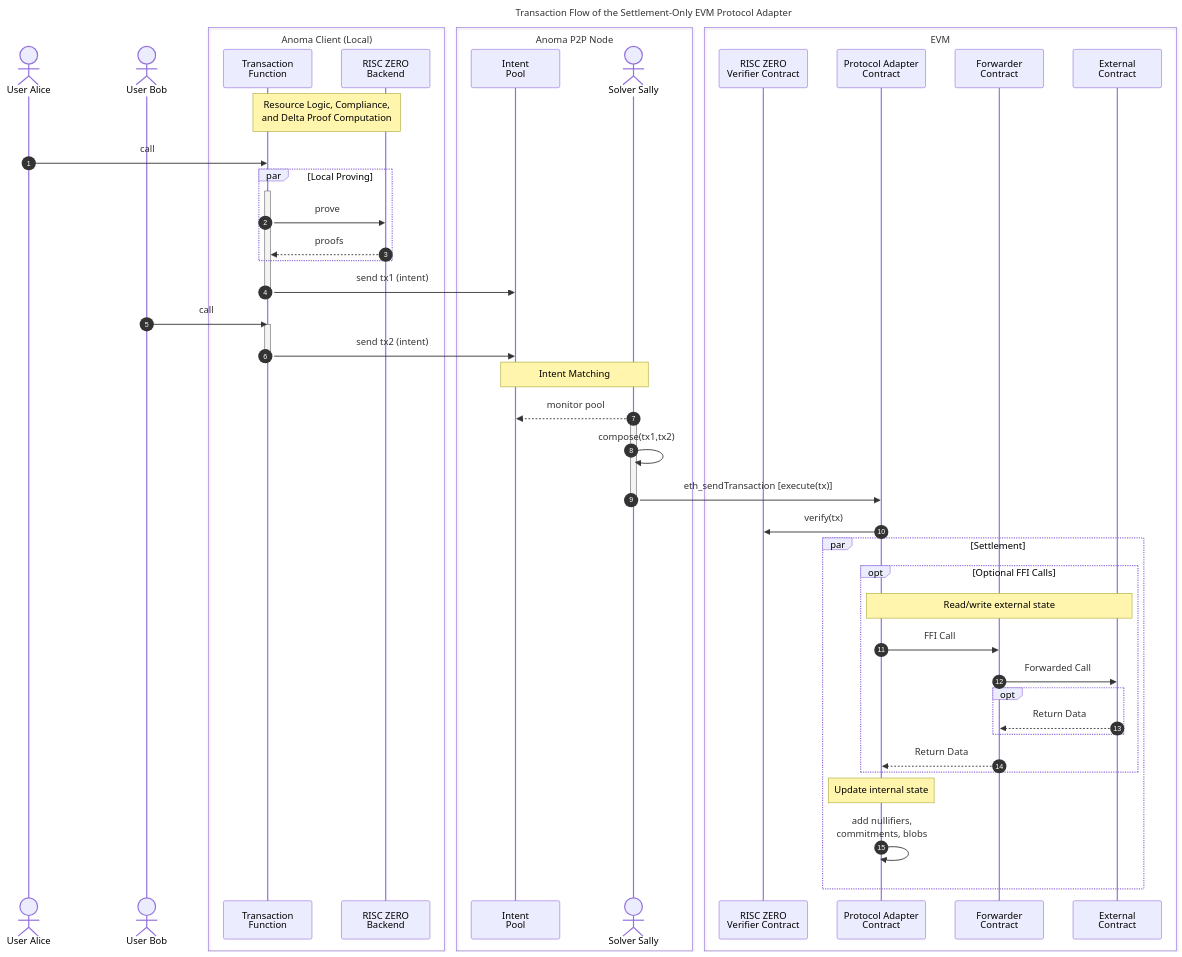
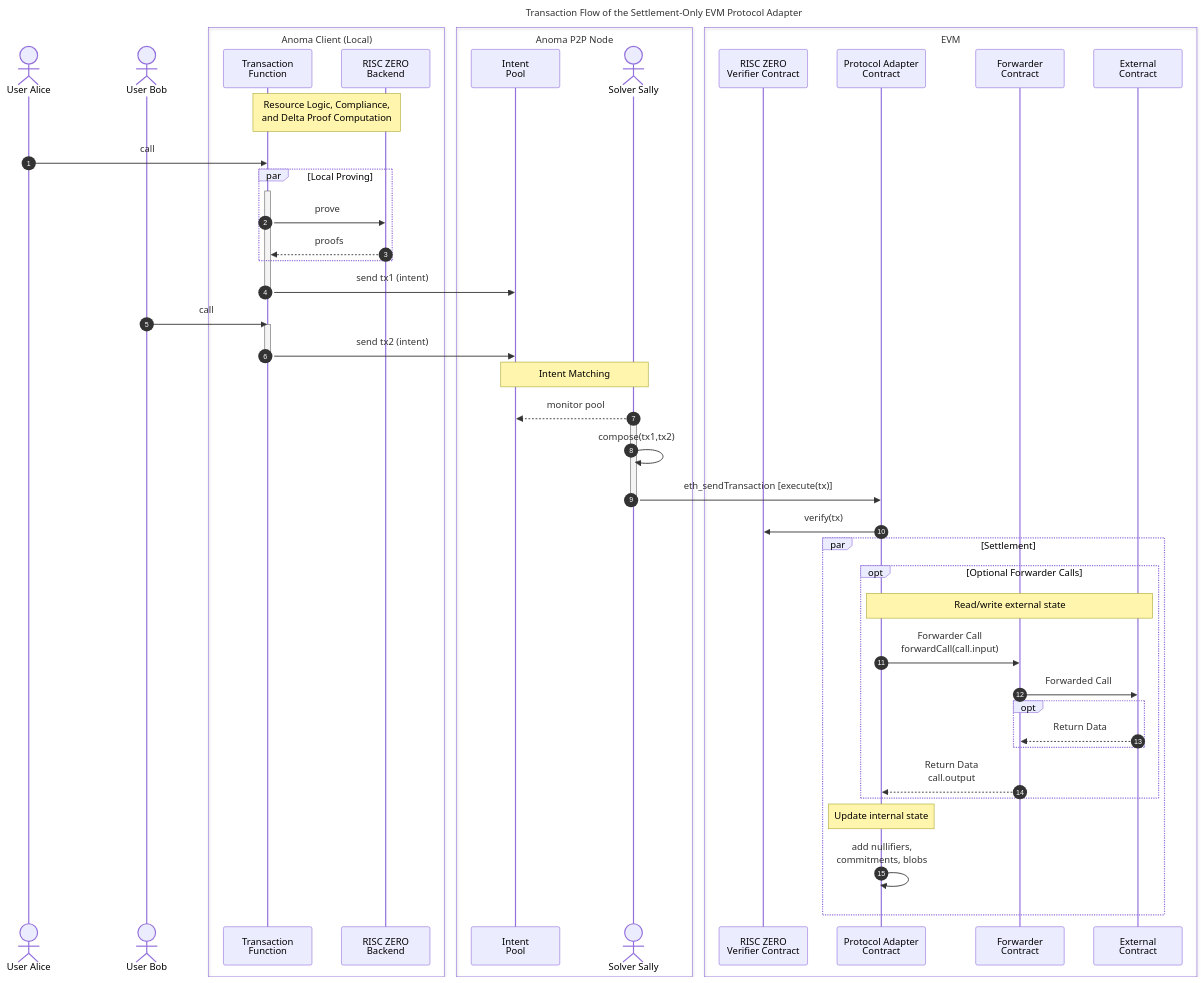
Before and after one commit to anoma/nspec: the second of 2 diagrams in docs/arch/integrations/adapters/evm.md, drawn with Mermaid. The commit also changed other lines of this file, not shown here.

````diff
--- a/docs/arch/integrations/adapters/evm.md
+++ b/docs/arch/integrations/adapters/evm.md
@@ -272,69 +278,69 @@
 ```mermaid
 sequenceDiagram
   autonumber
   title: Transaction Flow of the Settlement-Only EVM Protocol Adapter
 
 
   actor Alice as User Alice
   actor Bob as User Bob
 
   Note over TF, R0B: Resource Logic, Compliance, <br> and Delta Proof Computation
   box Anoma Client (Local)
     participant TF as Transaction<br>Function
     participant R0B as RISC ZERO<br>Backend
   end
 
   Alice ->> TF: call
 
   par Local Proving
   activate TF
     TF ->> R0B: prove
     R0B -->> TF: proofs
   end
   TF ->> IP: send tx1 (intent)
   deactivate TF
 
   Bob ->> TF: call
 
   activate TF
     TF ->> IP: send tx2 (intent)
   deactivate TF
 
   Note over IP, Sally: Intent Matching
   box Anoma P2P Node
     participant IP as Intent<br>Pool
     actor Sally as Solver Sally
   end
 
   Sally -->> IP: monitor pool
   activate Sally
     Sally ->> Sally: compose(tx1,tx2)
 
     box EVM
       participant R0V as RISC ZERO<br>Verifier Contract
       participant PA as Protocol Adapter<br>Contract
       participant Forwarder as Forwarder<br>Contract
       participant Ext as External<br>Contract
     end
     Sally ->> PA: eth_sendTransaction [execute(tx)]
   deactivate Sally
 
   %%par verify(tx)
   PA ->> R0V: verify(tx)
   %%end
 
   par Settlement
-    opt Optional FFI Calls
+    opt Optional Forwarder Calls
       Note over PA,Ext: Read/write external state
-      PA ->> Forwarder: FFI Call
+      PA ->> Forwarder: Forwarder Call <br>forwardCall(call.input)
       Forwarder ->> Ext: Forwarded Call
       opt
         Ext -->> Forwarder: Return Data
       end
-      Forwarder -->> PA: Return Data
+      Forwarder -->> PA: Return Data<br>call.output
     end
     Note over PA: Update internal state
     PA ->> PA: add nullifiers,<br>commitments, blobs
   end
 
 ```
````
